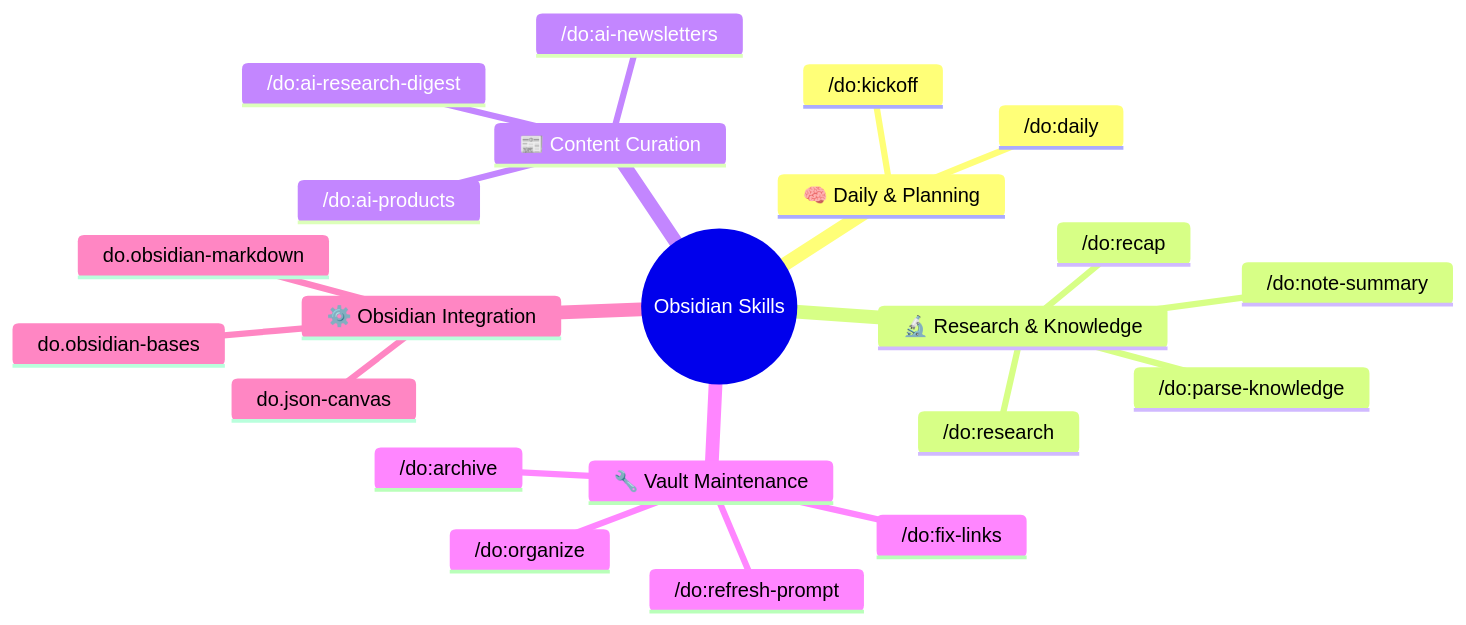
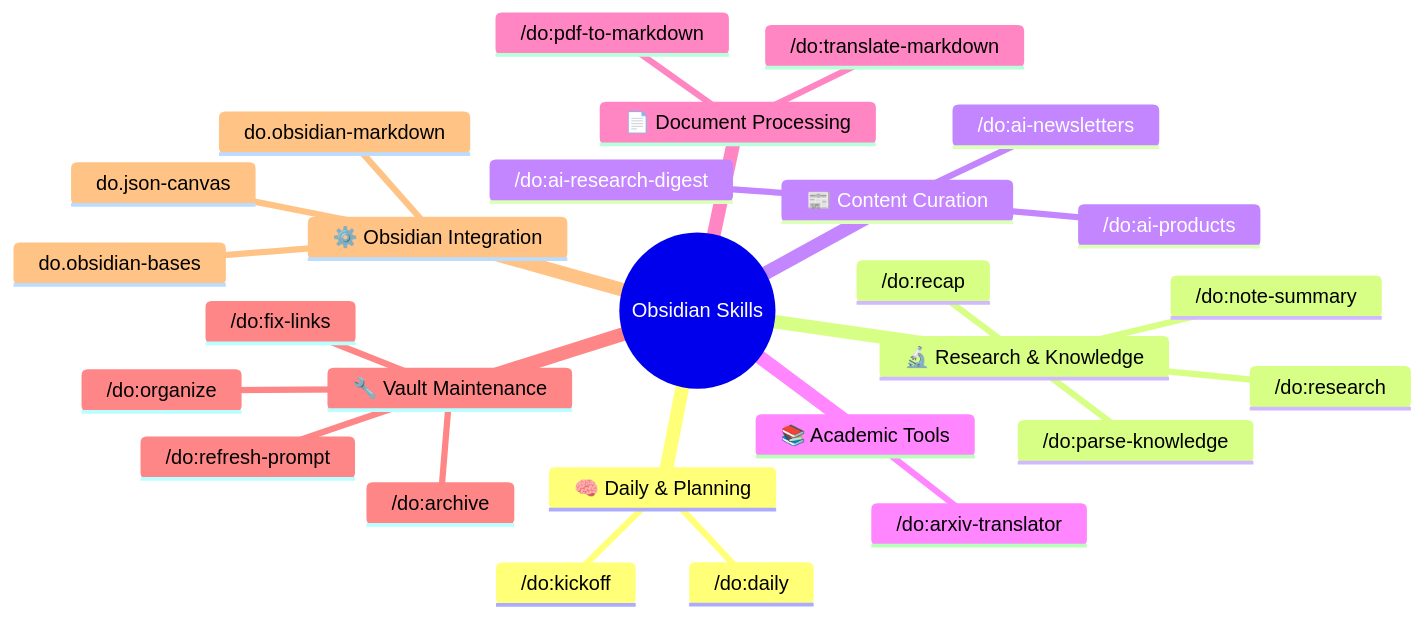
Before and after one commit to dull-bird/DeepOrbit: the fourth of 7 diagrams in README.md, drawn with Mermaid. The commit also changed other lines of this file and 23 other files, not shown here.

````diff
--- a/README.md
+++ b/README.md
@@ -133,25 +134,30 @@
 ```mermaid
 mindmap
   root((Obsidian Skills))
     🧠 Daily & Planning
       /do:daily
       /do:kickoff
     🔬 Research & Knowledge
       /do:research
       /do:parse-knowledge
       /do:note-summary
       /do:recap
     📰 Content Curation
       /do:ai-newsletters
       /do:ai-products
       /do:ai-research-digest
+    📚 Academic Tools
+      /do:arxiv-translator
+    📄 Document Processing
+      /do:pdf-to-markdown
+      /do:translate-markdown
     🔧 Vault Maintenance
       /do:fix-links
       /do:archive
       /do:organize
       /do:refresh-prompt
     ⚙️ Obsidian Integration
       do.obsidian-markdown
       do.obsidian-bases
       do.json-canvas
 ```
````
